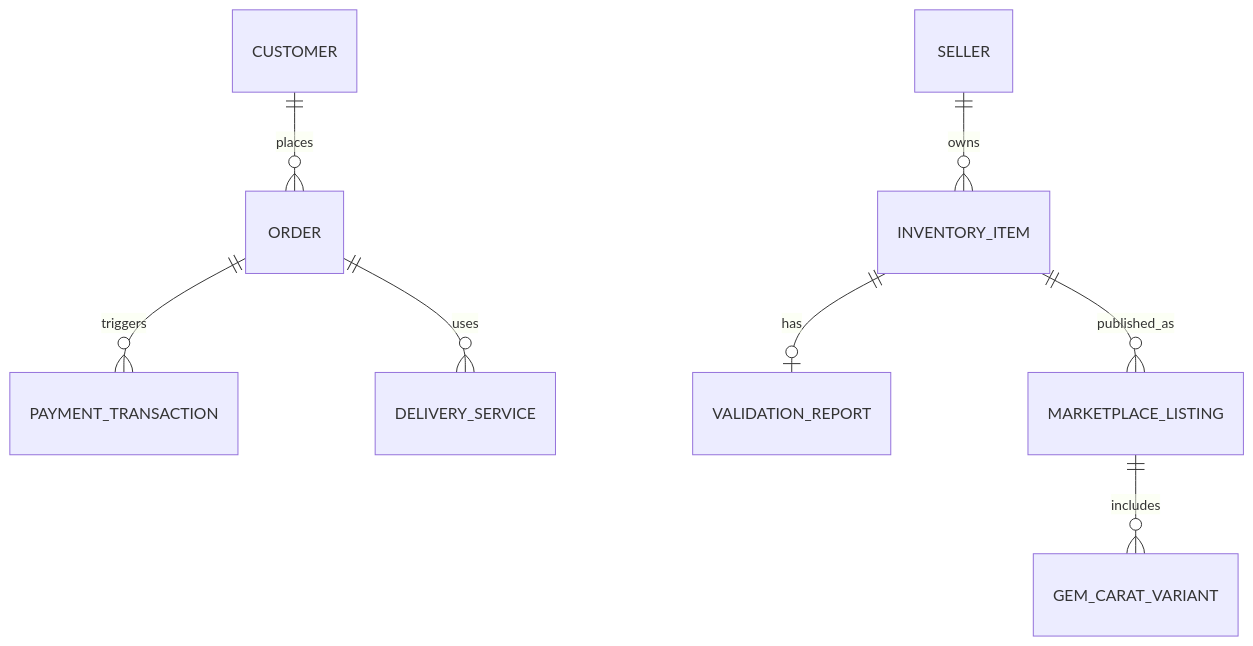
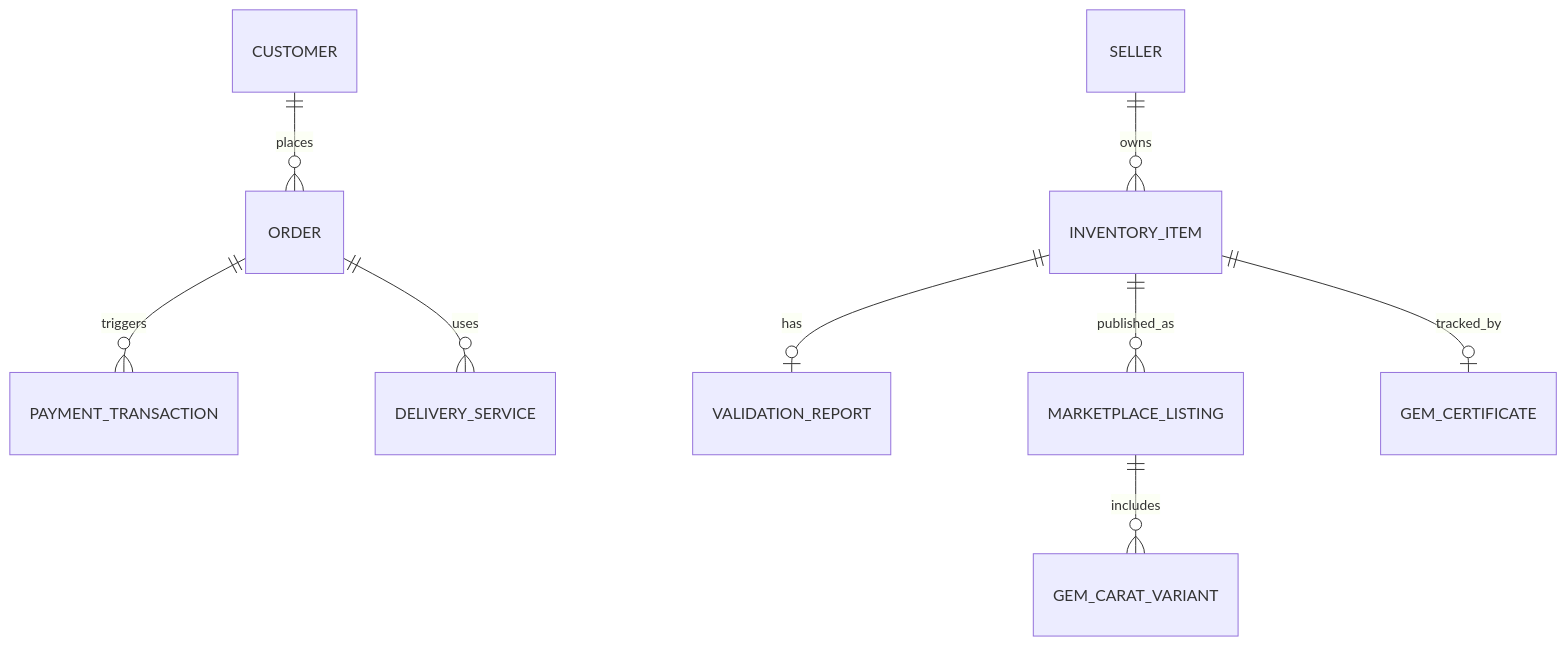
Before and after one commit to IT24101093/abchdkd: the second of 2 diagrams in README.md, drawn with Mermaid. The commit also changed other lines of this file, not shown here.

````diff
--- a/README.md
+++ b/README.md
@@ -241,10 +248,11 @@
 ```mermaid
 erDiagram
     CUSTOMER ||--o{ ORDER : places
     ORDER ||--o{ PAYMENT_TRANSACTION : triggers
     ORDER ||--o{ DELIVERY_SERVICE : uses
     SELLER ||--o{ INVENTORY_ITEM : owns
     INVENTORY_ITEM ||--o| VALIDATION_REPORT : has
     INVENTORY_ITEM ||--o{ MARKETPLACE_LISTING : published_as
     MARKETPLACE_LISTING ||--o{ GEM_CARAT_VARIANT : includes
+    INVENTORY_ITEM ||--o| GEM_CERTIFICATE : tracked_by
 ```
````
